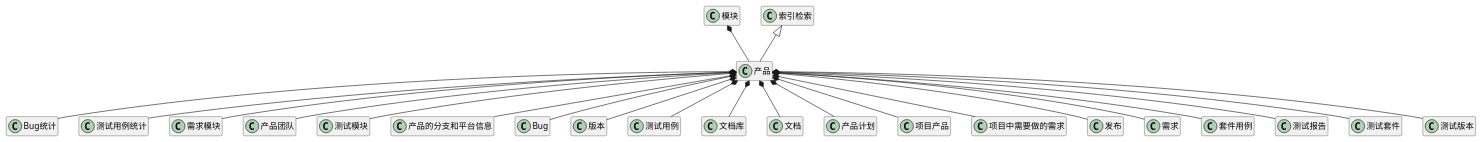
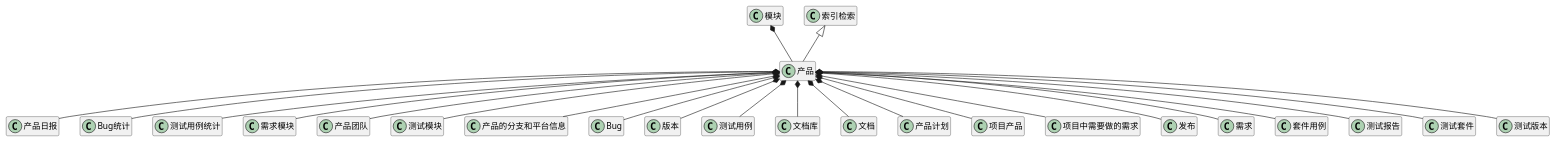
Before and after one commit to zj335841911/nt_chandao: the first of 7 diagrams in ibizpms-docs/src/main/doc/v1/module/zentao/Product_old.md, drawn with PlantUML. The commit also changed 34 other files, not shown here.

```diff
--- a/ibizpms-docs/src/main/doc/v1/module/zentao/Product_old.md
+++ b/ibizpms-docs/src/main/doc/v1/module/zentao/Product_old.md
@@ -6,25 +6,26 @@
 {% plantuml %}
+产品 *-- 产品日报 
 产品 *-- Bug统计 
 产品 *-- 测试用例统计 
 产品 *-- 需求模块 
 产品 *-- 产品团队 
 产品 *-- 测试模块 
 产品 *-- 产品的分支和平台信息 
 产品 *-- Bug 
 产品 *-- 版本 
 产品 *-- 测试用例 
 产品 *-- 文档库 
 产品 *-- 文档 
 产品 *-- 产品计划 
 产品 *-- 项目产品 
 产品 *-- 项目中需要做的需求 
 产品 *-- 发布 
 产品 *-- 需求 
 产品 *-- 套件用例 
 产品 *-- 测试报告 
 产品 *-- 测试套件 
 产品 *-- 测试版本 
 模块 *-- 产品 
 索引检索 <|-- 产品 
 hide members
 {% endplantuml %}
```
